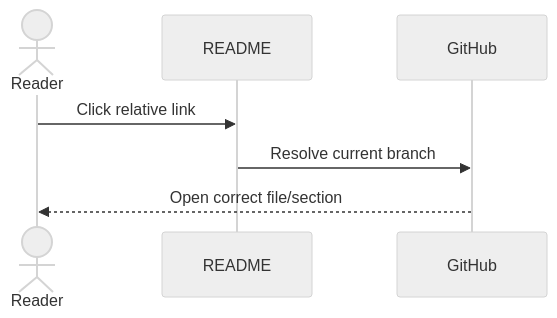
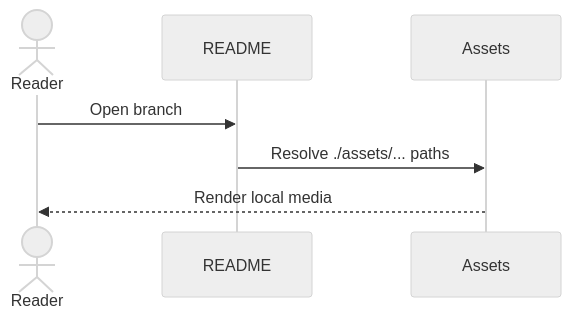
Before and after one commit to thiepn/markdown: the third of 3 diagrams in README.md, drawn with Mermaid (neutral theme). The commit also changed other lines of this file and 11 other files, not shown here.

````diff
--- a/README.md
+++ b/README.md
@@ -696,9 +610,9 @@
 ```mermaid
 sequenceDiagram
     actor Reader
     participant README
-    participant GitHub
-    Reader->>README: Click relative link
-    README->>GitHub: Resolve current branch
-    GitHub-->>Reader: Open correct file/section
+    participant Assets
+    Reader->>README: Open branch
+    README->>Assets: Resolve ./assets/... paths
+    Assets-->>Reader: Render local media
 ```
````
